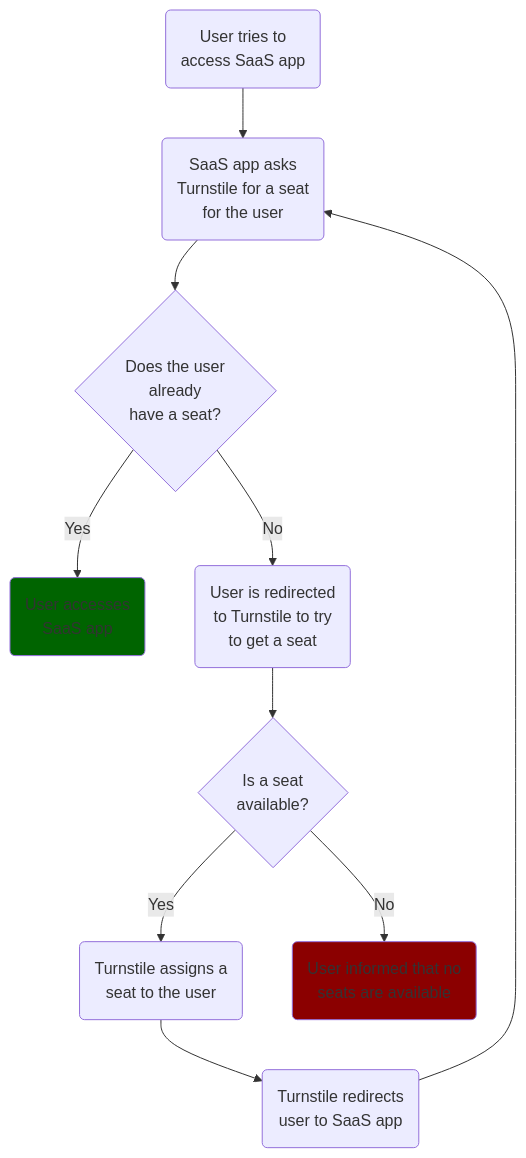
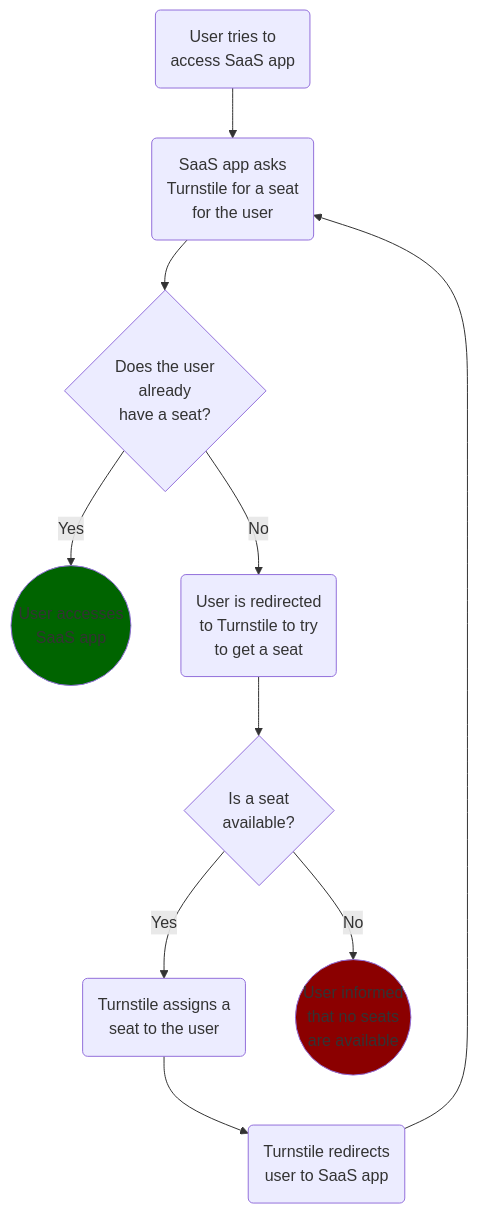
One commit to microsoft/turnstile changed the first of 2 diagrams in README.md. Above: the diagram before and after it, drawn with Mermaid.

````diff
--- a/README.md
+++ b/README.md
@@ -15,14 +15,14 @@
 ```mermaid
   graph TD
     A(User tries to<br />access SaaS app) --> B(SaaS app asks<br />Turnstile for a seat<br />for the user)
     B --> C{Does the user<br />already<br />have a seat?}
-    C -- Yes --> D(User accesses<br />SaaS app)
+    C -- Yes --> D((User accesses<br />SaaS app))
     C -- No --> E(User is redirected<br />to Turnstile to try<br />to get a seat)
     E --> F{Is a seat<br />available?}
     F -- Yes -->G(Turnstile assigns a<br />seat to the user)
     G --> H(Turnstile redirects<br />user to SaaS app)
     H --> B
-    F -- No -->I(User informed that no<br />seats are available)
+    F -- No -->I((User informed<br />that no seats<br />are available))
     style D fill: darkgreen
     style I fill: darkred  
 ```
````
